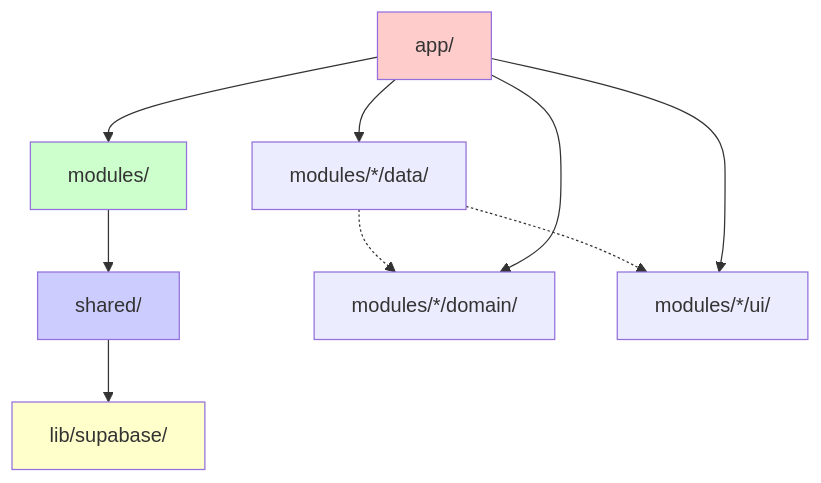
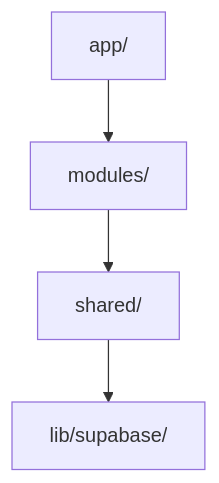
The sixth of 6 diagrams in docs/ARCHITECTURE_DIAGRAMS.md (shuakyle21/tesda-compliance-manager), drawn with Mermaid before and after one commit. The commit also changed other lines of this file and 3 other files, not shown here.

First line of the commit message:
docs(architecture): redraw diagrams and correct the security drift

````diff
--- a/docs/ARCHITECTURE_DIAGRAMS.md
+++ b/docs/ARCHITECTURE_DIAGRAMS.md
@@ -154,18 +207,6 @@
 ```mermaid
 flowchart TB
     App["app/"] --> Modules["modules/"]
     Modules --> Shared["shared/"]
     Shared --> LibSupabase["lib/supabase/"]
-
-    ModulesData["modules/*/data/"] -.-> ModulesDomain["modules/*/domain/"]
-    ModulesData -.-> ModulesUI["modules/*/ui/"]
-    
-    App --> ModulesData
-    App --> ModulesUI
-    App --> ModulesDomain
-
-    style App fill:#ffcccc
-    style Modules fill:#ccffcc
-    style Shared fill:#ccccff
-    style LibSupabase fill:#ffffcc
 ```
````
